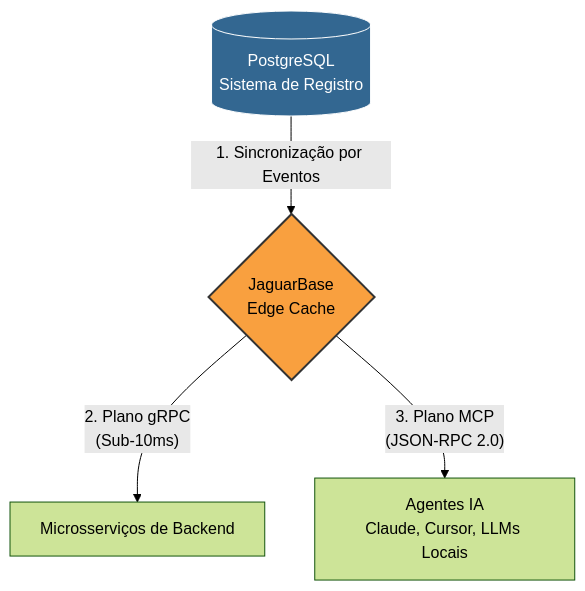
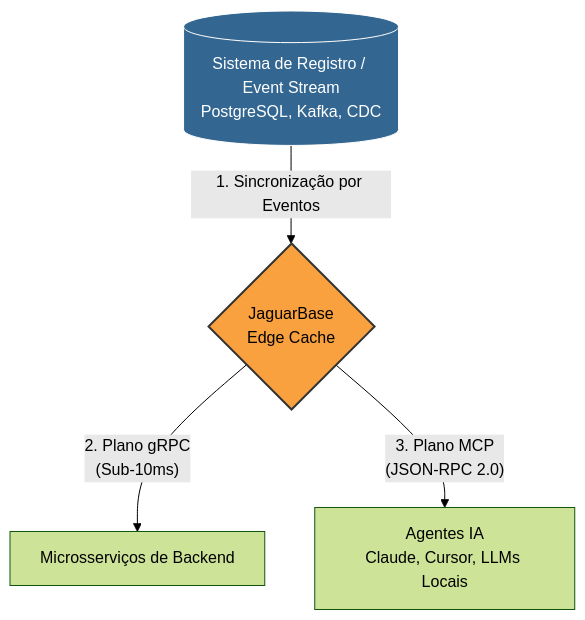
One commit to andrewbraga1/jaguarbase changed the first of 2 diagrams in README.pt-BR.md. Above: the diagram before and after it, drawn with Mermaid (forest theme). The commit also changed other lines of this file and 18 other files, not shown here.

````diff
--- a/README.pt-BR.md
+++ b/README.pt-BR.md
@@ -28,8 +28,8 @@
 ```mermaid
 graph TD
-    Source[(PostgreSQL\nSistema de Registro)] -- 1. Sincronização por Eventos --> JB{JaguarBase\nEdge Cache}
+    Source[(Sistema de Registro / Event Stream\nPostgreSQL, Kafka, CDC)] -- 1. Sincronização por Eventos --> JB{JaguarBase\nEdge Cache}
     JB -- 2. Plano gRPC\n(Sub-10ms) --> Backend[Microsserviços de Backend]
     JB -- 3. Plano MCP\n(JSON-RPC 2.0) --> AI[Agentes IA\nClaude, Cursor, LLMs Locais]
     style JB fill:#f9a03f,stroke:#333,stroke-width:2px,color:#000
     style Source fill:#336791,stroke:#fff,color:#fff
 ```
````
